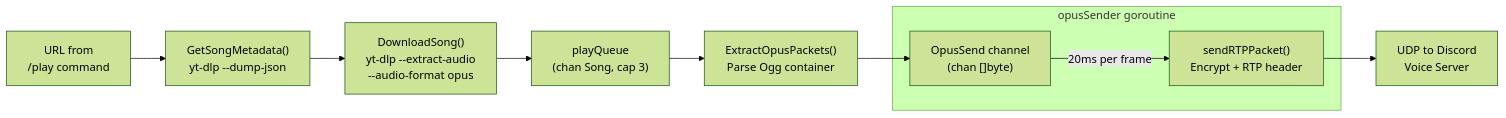
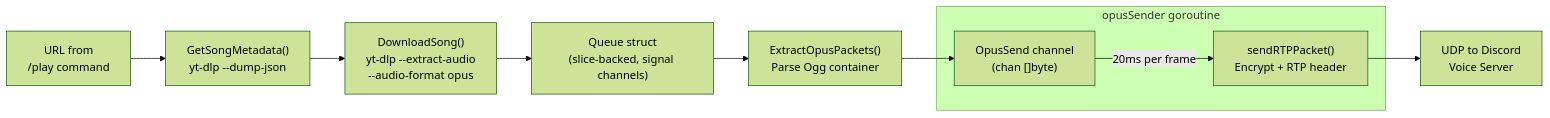
Before and after one commit to neiios/discord-music-bot: the sixth of 6 diagrams in ARCH.md, drawn with Mermaid (forest theme). The commit also changed 1 other file, not shown here.

````diff
--- a/ARCH.md
+++ b/ARCH.md
@@ -153,19 +153,19 @@
 ```mermaid
 flowchart LR
     url["URL from<br/>/play command"]
     meta["GetSongMetadata()<br/>yt-dlp --dump-json"]
     download["DownloadSong()<br/>yt-dlp --extract-audio<br/>--audio-format opus"]
-    queue["playQueue<br/>(chan Song, cap 3)"]
+    queue["Queue struct<br/>(slice-backed, signal channels)"]
     extract["ExtractOpusPackets()<br/>Parse Ogg container"]
     send["OpusSend channel<br/>(chan []byte)"]
     rtp["sendRTPPacket()<br/>Encrypt + RTP header"]
     udp["UDP to Discord<br/>Voice Server"]
 
     url --> meta --> download --> queue --> extract --> send
     send -->|"20ms per frame"| rtp --> udp
 
     subgraph "opusSender goroutine"
         send
         rtp
     end
 ```
````
